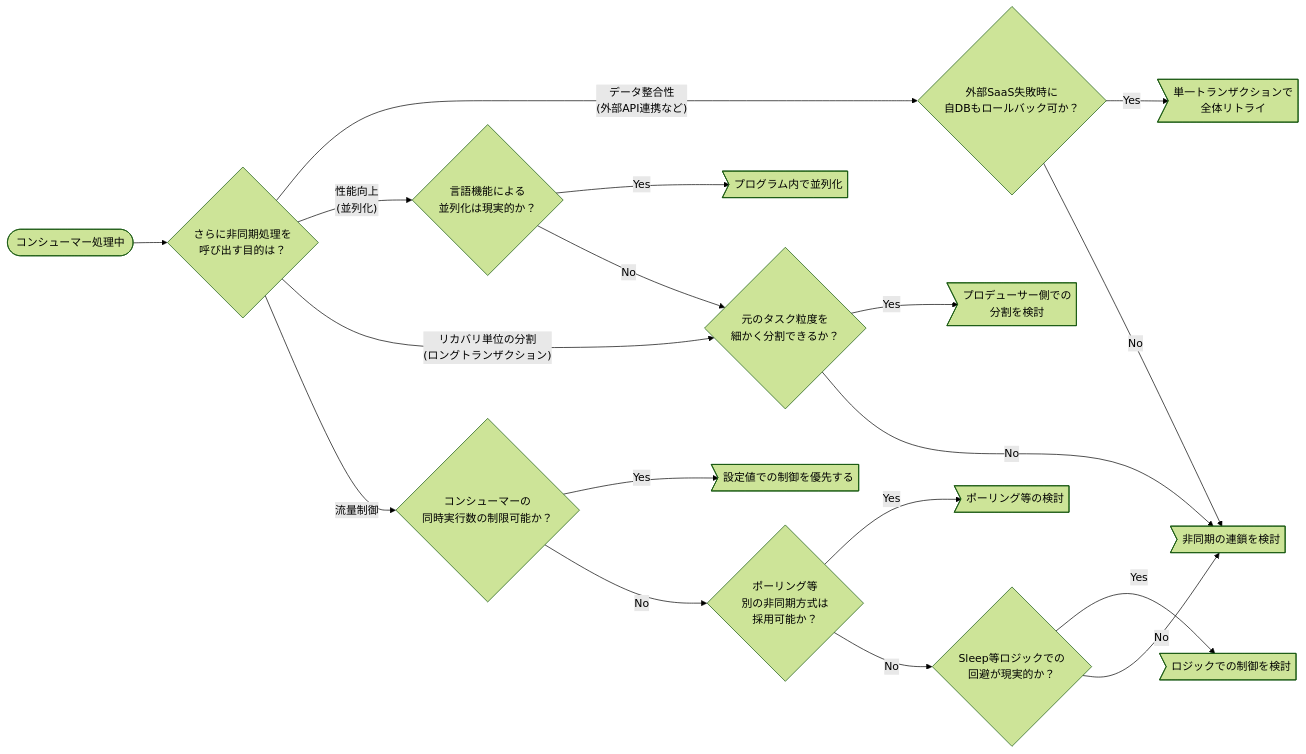
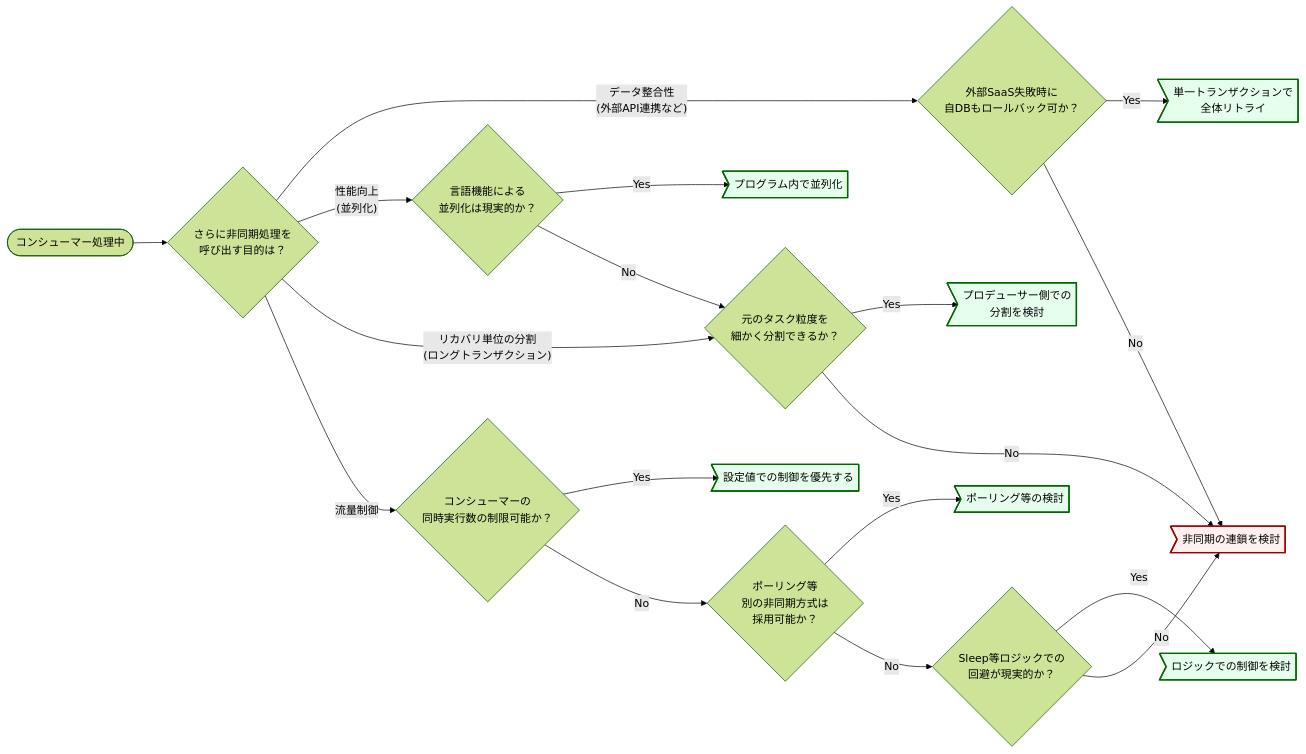
The third of 13 diagrams in documents/forAsync/async_guidelines.md (future-architect/arch-guidelines), drawn with Mermaid (forest theme) before and after one commit. The commit also changed other lines of this file, not shown here.

````diff
--- a/documents/forAsync/async_guidelines.md
+++ b/documents/forAsync/async_guidelines.md
@@ -177,29 +177,38 @@
 ```mermaid
 graph LR
     Start([コンシューマー処理中]) --> Purpose{さらに非同期処理を<br>呼び出す目的は？}
 
     Purpose -- "データ整合性<br>(外部API連携など)" --> RollbackCheck{外部SaaS失敗時に<br>自DBもロールバック可か？}
     RollbackCheck -- Yes --> RetryAll>単一トランザクションで<br>全体リトライ]
     RollbackCheck -- No --> FinalChain
 
     Purpose -- "性能向上<br>(並列化)" --> ProgParallel{言語機能による<br>並列化は現実的か？}
     ProgParallel -- Yes --> ProgThread>プログラム内で並列化]
     ProgParallel -- No --> GranularityCheck
 
     Purpose -- "リカバリ単位の分割<br>(ロングトランザクション)" --> GranularityCheck{元のタスク粒度を<br>細かく分割できるか？}
 
     GranularityCheck -- Yes --> SplitTask>プロデューサー側での<br>分割を検討]
     GranularityCheck -- No --> FinalChain
 
     Purpose -- 流量制御 --> FlowCheck1{コンシューマーの<br>同時実行数の制限可能か？}
     FlowCheck1 -- Yes --> Avoid1>設定値での制御を優先する]
 
     FlowCheck1 -- No --> PollingCheck{ポーリング等<br>別の非同期方式は<br>採用可能か？}
     PollingCheck -- Yes --> AdoptPolling>ポーリング等の検討]
 
     PollingCheck -- No --> FlowCheck2{Sleep等ロジックでの<br>回避が現実的か？}
     FlowCheck2 -- Yes --> Avoid2>ロジックでの制御を検討]
     FlowCheck2 -- No --> FinalChain
 
     FinalChain>非同期の連鎖を検討]
+
+    %% Style Definitions
+    style FinalChain fill:#fff0f0,stroke:#990000,stroke-width:2px,color:#000000
+    style RetryAll fill:#e6ffed,stroke:#006600,stroke-width:2px,color:#000000
+    style ProgThread fill:#e6ffed,stroke:#006600,stroke-width:2px,color:#000000
+    style SplitTask fill:#e6ffed,stroke:#006600,stroke-width:2px,color:#000000
+    style Avoid1 fill:#e6ffed,stroke:#006600,stroke-width:2px,color:#000000
+    style AdoptPolling fill:#e6ffed,stroke:#006600,stroke-width:2px,color:#000000
+    style Avoid2 fill:#e6ffed,stroke:#006600,stroke-width:2px,color:#000000
 ```
````
